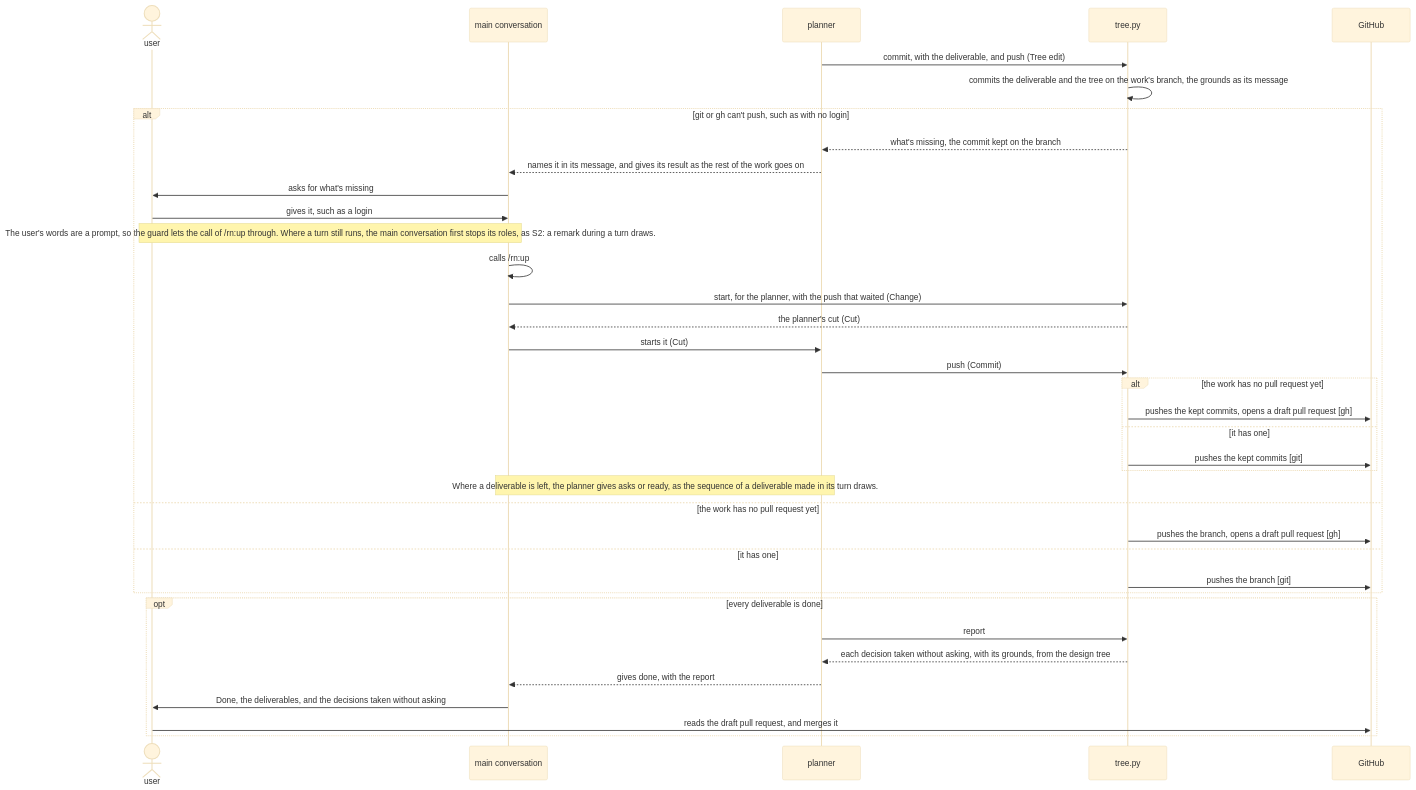
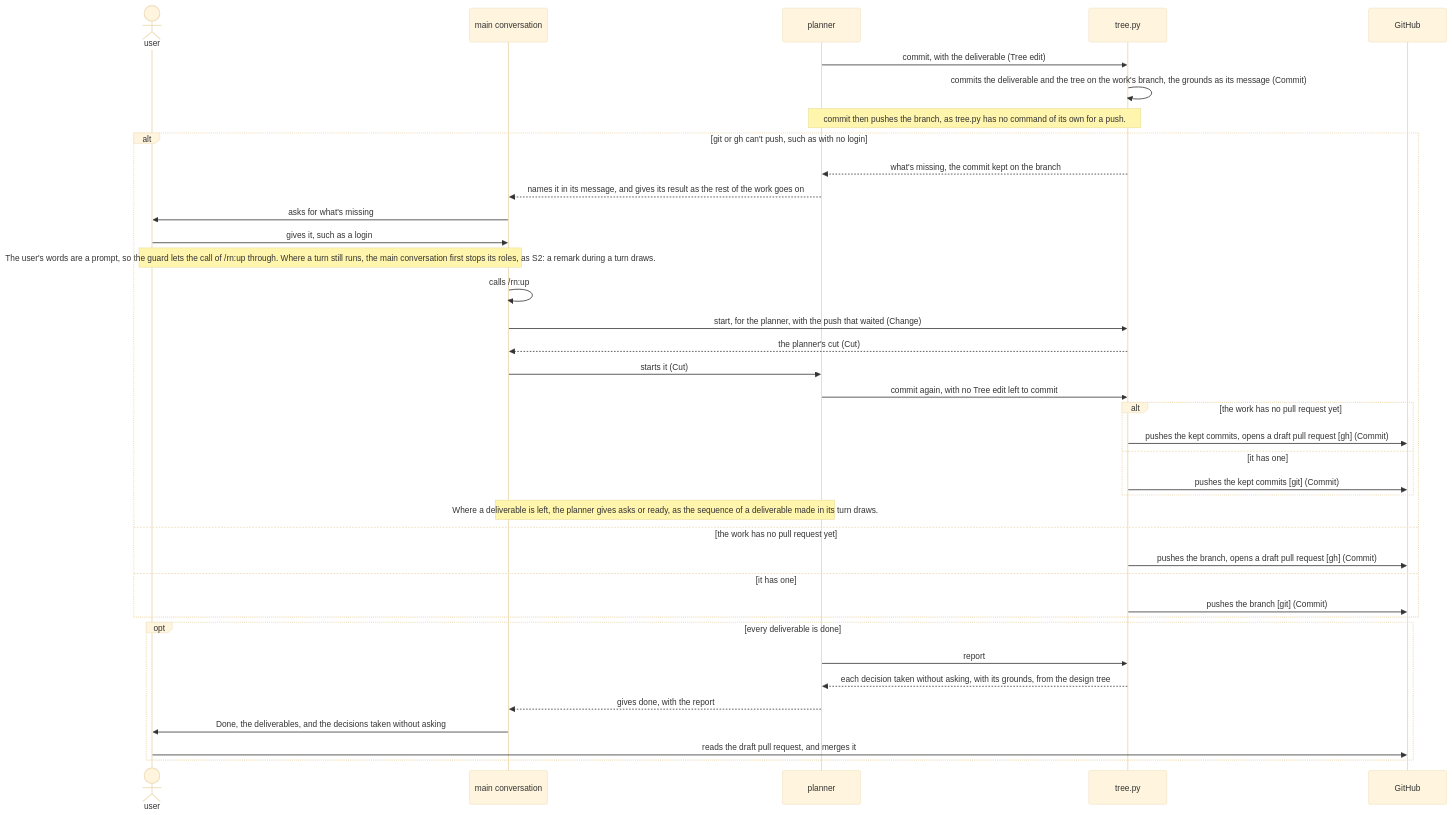
The sixth of 6 diagrams in dev/rn/architecture.md (lovaizu/ccpm), drawn with Mermaid (base theme) before and after one commit. The commit also changed other lines of this file and 4 other files, not shown here.

````diff
--- a/dev/rn/architecture.md
+++ b/dev/rn/architecture.md
@@ -727,39 +735,40 @@
 ```mermaid
 sequenceDiagram
   actor U as user
   participant M as main conversation
   participant P as planner
   participant T as tree.py
   participant GH as GitHub
-  P->>T: commit, with the deliverable, and push (Tree edit)
-  T->>T: commits the deliverable and the tree on the work's branch, the grounds as its message
+  P->>T: commit, with the deliverable (Tree edit)
+  T->>T: commits the deliverable and the tree on the work's branch, the grounds as its message (Commit)
+  Note over P,T: commit then pushes the branch, as tree.py has no command of its own for a push.
   alt git or gh can't push, such as with no login
     T-->>P: what's missing, the commit kept on the branch
     P-->>M: names it in its message, and gives its result as the rest of the work goes on
     M->>U: asks for what's missing
     U->>M: gives it, such as a login
     Note over U,M: The user's words are a prompt, so the guard lets the call of /rn:up through. Where a turn still runs, the main conversation first stops its roles, as S2: a remark during a turn draws.
     M->>M: calls /rn:up
     M->>T: start, for the planner, with the push that waited (Change)
     T-->>M: the planner's cut (Cut)
     M->>P: starts it (Cut)
-    P->>T: push (Commit)
+    P->>T: commit again, with no Tree edit left to commit
     alt the work has no pull request yet
-      T->>GH: pushes the kept commits, opens a draft pull request [gh]
+      T->>GH: pushes the kept commits, opens a draft pull request [gh] (Commit)
     else it has one
-      T->>GH: pushes the kept commits [git]
+      T->>GH: pushes the kept commits [git] (Commit)
     end
     Note over M,P: Where a deliverable is left, the planner gives asks or ready, as the sequence of a deliverable made in its turn draws.
   else the work has no pull request yet
-    T->>GH: pushes the branch, opens a draft pull request [gh]
+    T->>GH: pushes the branch, opens a draft pull request [gh] (Commit)
   else it has one
-    T->>GH: pushes the branch [git]
+    T->>GH: pushes the branch [git] (Commit)
   end
   opt every deliverable is done
     P->>T: report
     T-->>P: each decision taken without asking, with its grounds, from the design tree
     P-->>M: gives done, with the report
     M->>U: Done, the deliverables, and the decisions taken without asking
     U->>GH: reads the draft pull request, and merges it
   end
 ```
````
